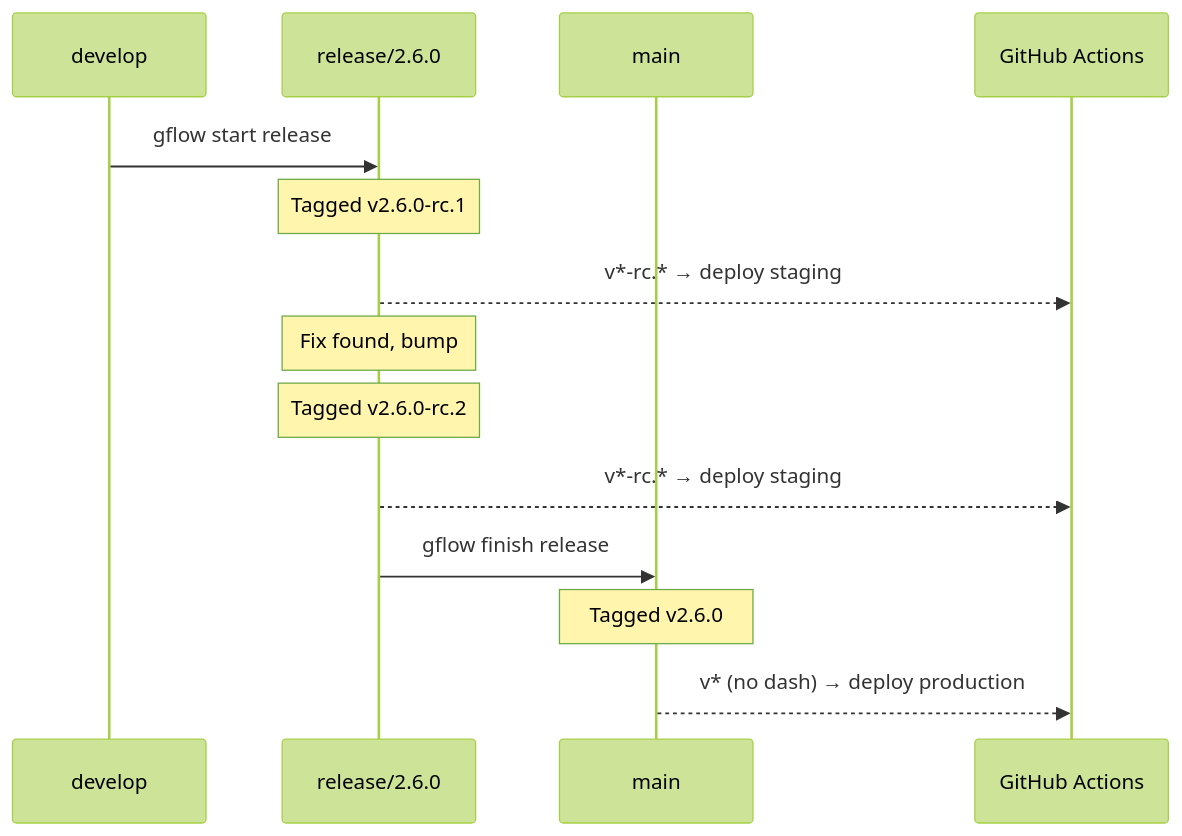
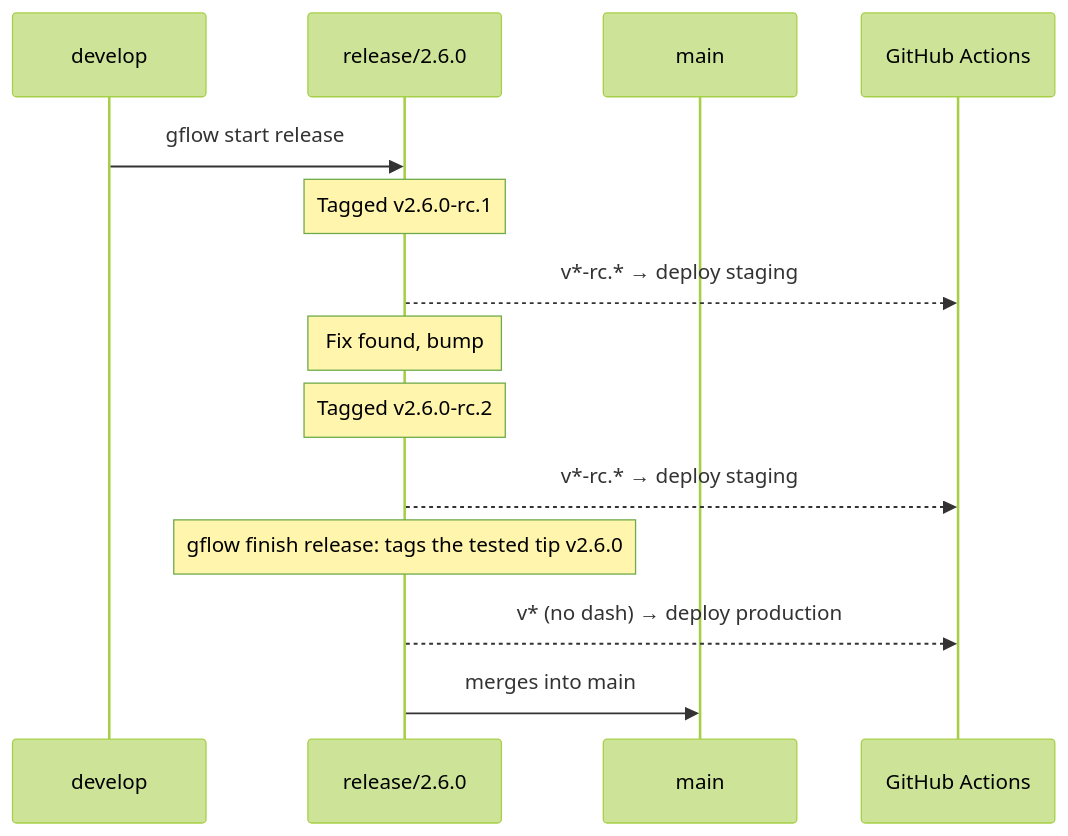
One commit to middelkampdev/gflow changed the seventh of 7 diagrams in README.md. Above: the diagram before and after it, drawn with Mermaid (forest theme). The commit also changed other lines of this file and 23 other files, not shown here.

````diff
--- a/README.md
+++ b/README.md
@@ -961,19 +984,19 @@
 ```mermaid
 sequenceDiagram
     participant D as develop
     participant R as release/2.6.0
     participant M as main
     participant CI as GitHub Actions
 
     D->>R: gflow start release
     Note over R: Tagged v2.6.0-rc.1
     R-->>CI: v*-rc.* → deploy staging
 
     Note over R: Fix found, bump
     Note over R: Tagged v2.6.0-rc.2
     R-->>CI: v*-rc.* → deploy staging
 
-    R->>M: gflow finish release
-    Note over M: Tagged v2.6.0
-    M-->>CI: v* (no dash) → deploy production
+    Note over R: gflow finish release: tags the tested tip v2.6.0
+    R-->>CI: v* (no dash) → deploy production
+    R->>M: merges into main
 ```
````
